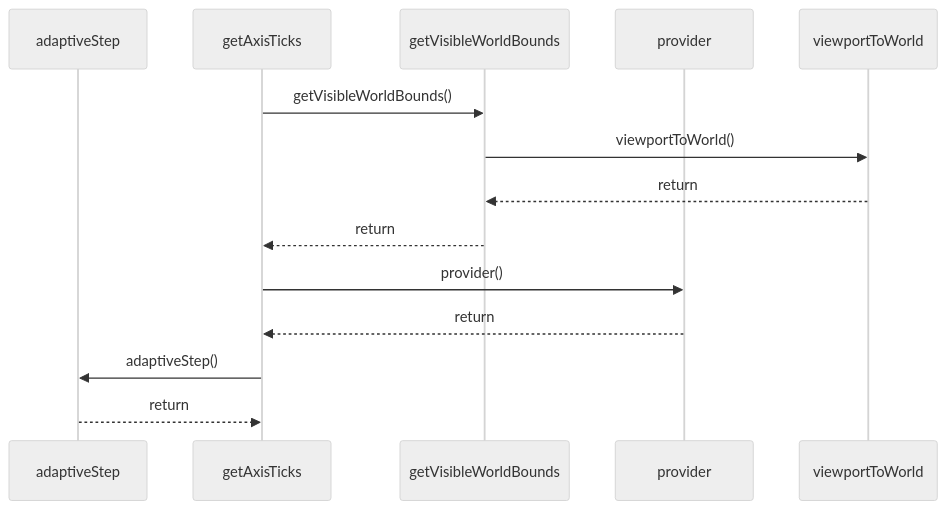
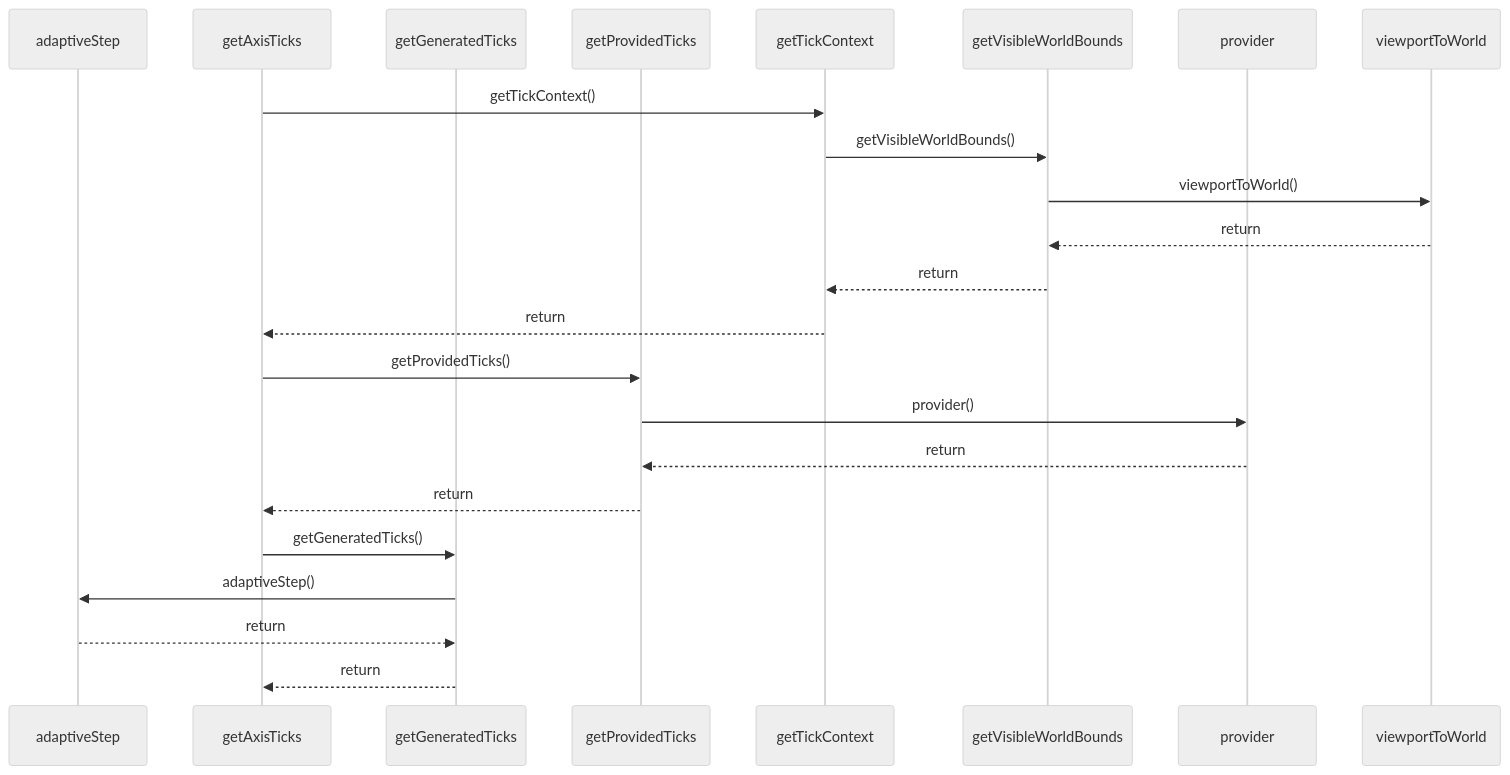
Before and after one commit to ankhorage/grid-view: the diagram in docs/diagrams/sequences/get-axis-ticks.mmd, drawn with Mermaid (neutral theme). The commit also changed 13 other files, not shown here.

```diff
--- a/docs/diagrams/sequences/get-axis-ticks.mmd
+++ b/docs/diagrams/sequences/get-axis-ticks.mmd
@@ -1,14 +1,23 @@
 sequenceDiagram
   participant participant_adaptiveStep as adaptiveStep
   participant participant_getAxisTicks as getAxisTicks
+  participant participant_getGeneratedTicks as getGeneratedTicks
+  participant participant_getProvidedTicks as getProvidedTicks
+  participant participant_getTickContext as getTickContext
   participant participant_getVisibleWorldBounds as getVisibleWorldBounds
   participant participant_provider as provider
   participant participant_viewportToWorld as viewportToWorld
-  participant_getAxisTicks->>participant_getVisibleWorldBounds: getVisibleWorldBounds()
+  participant_getAxisTicks->>participant_getTickContext: getTickContext()
+  participant_getTickContext->>participant_getVisibleWorldBounds: getVisibleWorldBounds()
   participant_getVisibleWorldBounds->>participant_viewportToWorld: viewportToWorld()
   participant_viewportToWorld-->>participant_getVisibleWorldBounds: return
-  participant_getVisibleWorldBounds-->>participant_getAxisTicks: return
-  participant_getAxisTicks->>participant_provider: provider()
-  participant_provider-->>participant_getAxisTicks: return
-  participant_getAxisTicks->>participant_adaptiveStep: adaptiveStep()
-  participant_adaptiveStep-->>participant_getAxisTicks: return
+  participant_getVisibleWorldBounds-->>participant_getTickContext: return
+  participant_getTickContext-->>participant_getAxisTicks: return
+  participant_getAxisTicks->>participant_getProvidedTicks: getProvidedTicks()
+  participant_getProvidedTicks->>participant_provider: provider()
+  participant_provider-->>participant_getProvidedTicks: return
+  participant_getProvidedTicks-->>participant_getAxisTicks: return
+  participant_getAxisTicks->>participant_getGeneratedTicks: getGeneratedTicks()
+  participant_getGeneratedTicks->>participant_adaptiveStep: adaptiveStep()
+  participant_adaptiveStep-->>participant_getGeneratedTicks: return
+  participant_getGeneratedTicks-->>participant_getAxisTicks: return
```
